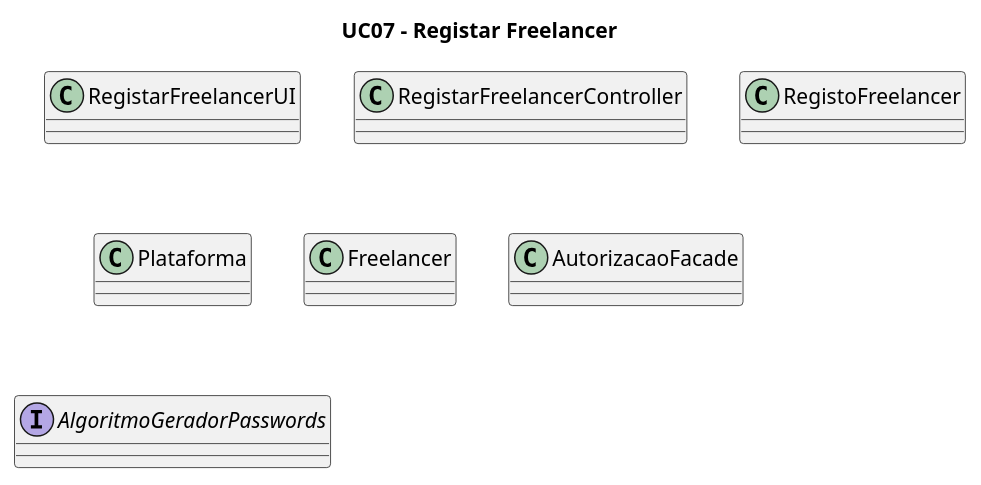
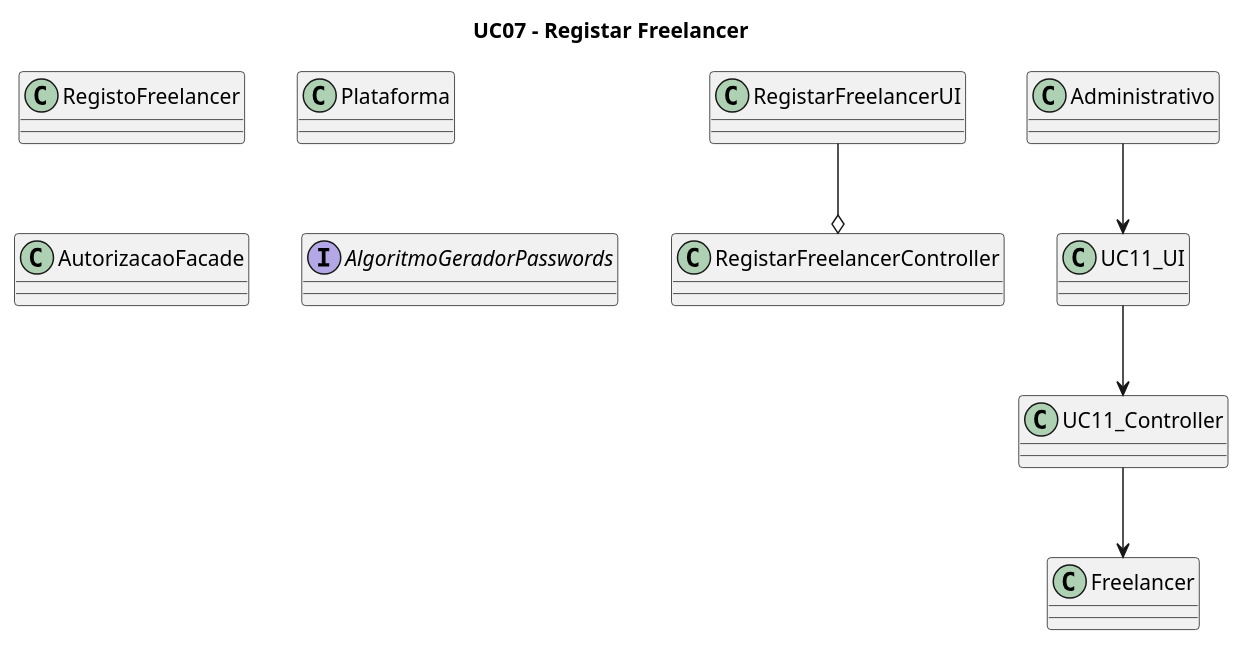
The diagram in Documentação/Sprint 3/UC07_Registar_Freelancer/UC07_Registar_Freelancer_Diagrama_Classes.puml (blestonbandeiraUPSKILL/upskill_java1_labprg_grupo2), drawn with PlantUML before and after one commit.

```diff
--- a/Documentação/Sprint 3/UC07_Registar_Freelancer/UC07_Registar_Freelancer_Diagrama_Classes.puml
+++ b/Documentação/Sprint 3/UC07_Registar_Freelancer/UC07_Registar_Freelancer_Diagrama_Classes.puml
@@ -1,25 +1,31 @@
 @startuml
 
 title UC07 - Registar Freelancer
 
 class RegistarFreelancerUI {
 }
 
 class RegistarFreelancerController {
 }
 
 class RegistoFreelancer {
 }
 
 class Plataforma {
 }
 
 class Freelancer {
 }
 
 class AutorizacaoFacade {
 }
 
 interface AlgoritmoGeradorPasswords {
 }
+
+RegistarFreelancerUI --o RegistarFreelancerController
+Administrativo --> UC11_UI
+UC11_UI --> UC11_Controller
+UC11_Controller --> Freelancer
+
 @enduml
```
